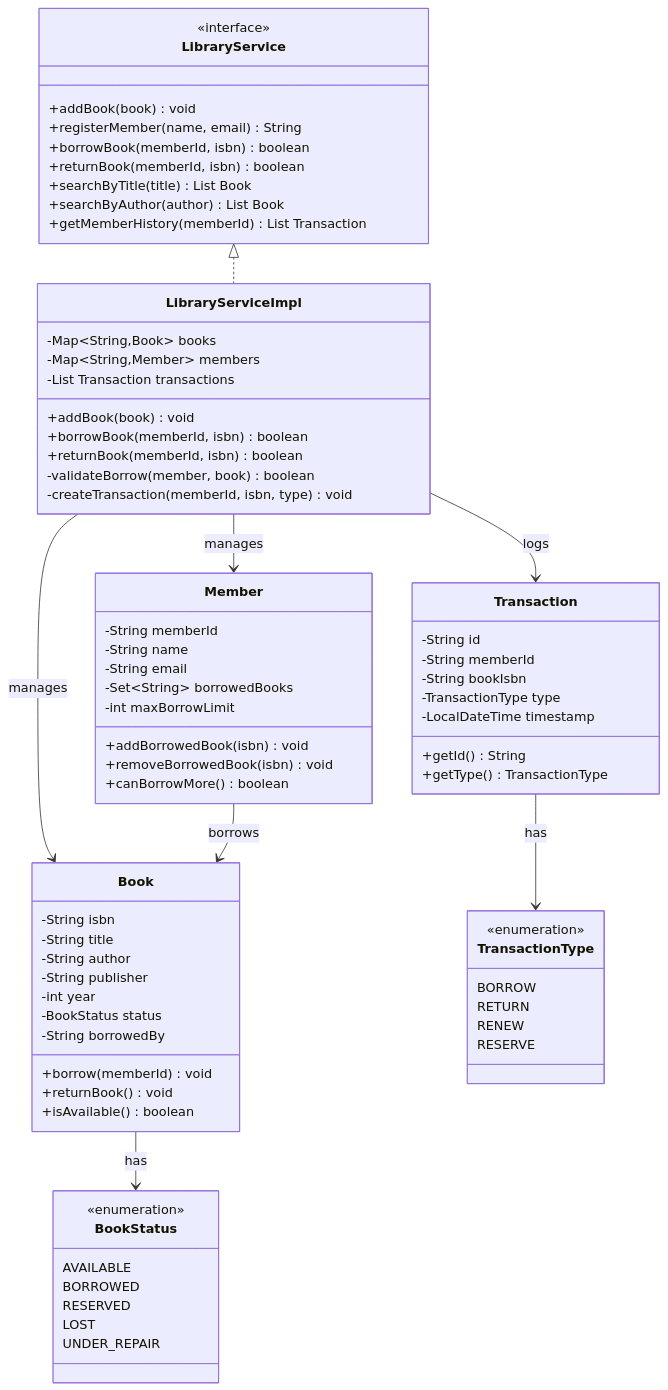
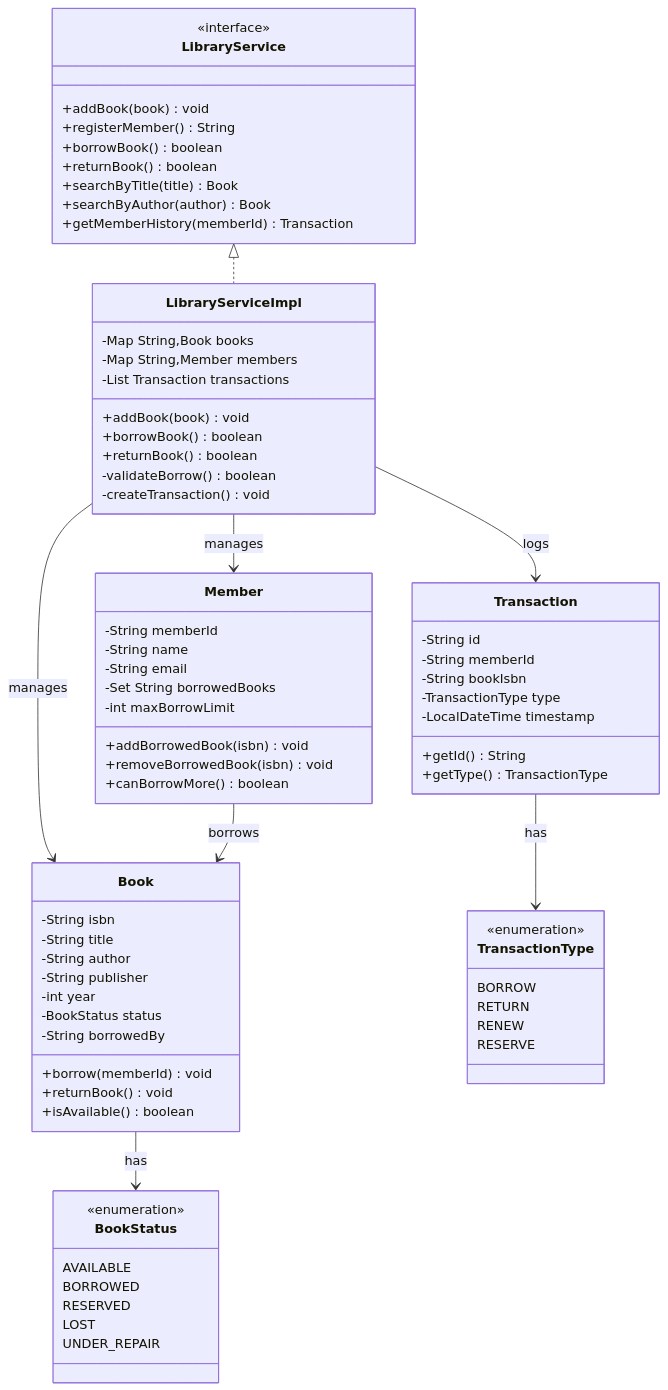
One commit to dlkr18/lld-playbook changed the diagram in docs/problems/library/README.md. Above: the diagram before and after it, drawn with Mermaid. The commit also changed 29 other files, not shown here.

First line of the commit message:
Fix Mermaid rendering: downgrade to v9, aggressive classDiagram sanitization.

```diff
--- a/docs/problems/library/README.md
+++ b/docs/problems/library/README.md
@@ -94,23 +94,23 @@
     class LibraryService {
         <<interface>>
         +addBook(book) void
-        +registerMember(name, email) String
-        +borrowBook(memberId, isbn) boolean
-        +returnBook(memberId, isbn) boolean
-        +searchByTitle(title) List Book
-        +searchByAuthor(author) List Book
-        +getMemberHistory(memberId) List Transaction
+        +registerMember() String
+        +borrowBook() boolean
+        +returnBook() boolean
+        +searchByTitle(title) Book
+        +searchByAuthor(author) Book
+        +getMemberHistory(memberId) Transaction
     }
 
     class LibraryServiceImpl {
-        -Map~String,Book~ books
-        -Map~String,Member~ members
+        -Map String,Book books
+        -Map String,Member members
         -List Transaction transactions
         +addBook(book) void
-        +borrowBook(memberId, isbn) boolean
-        +returnBook(memberId, isbn) boolean
-        -validateBorrow(member, book) boolean
-        -createTransaction(memberId, isbn, type) void
+        +borrowBook() boolean
+        +returnBook() boolean
+        -validateBorrow() boolean
+        -createTransaction() void
     }
 
     class Book {
@@ -130,7 +130,7 @@
         -String memberId
         -String name
         -String email
-        -Set~String~ borrowedBooks
+        -Set String borrowedBooks
         -int maxBorrowLimit
         +addBorrowedBook(isbn) void
         +removeBorrowedBook(isbn) void
```
